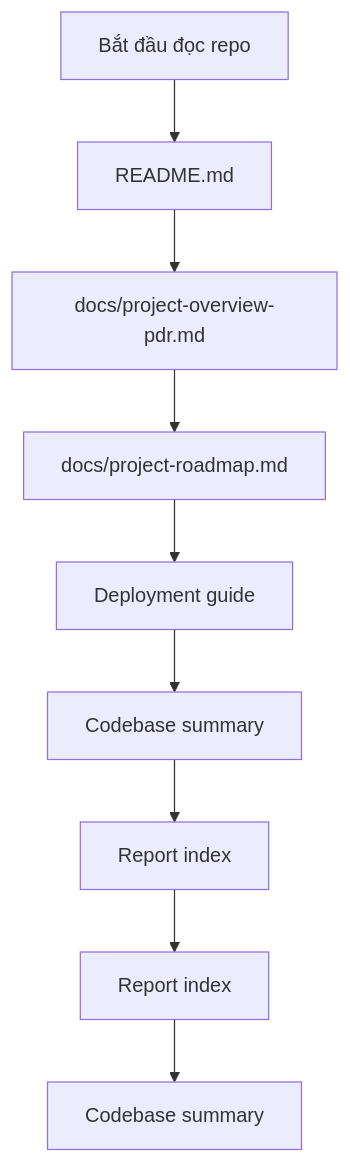
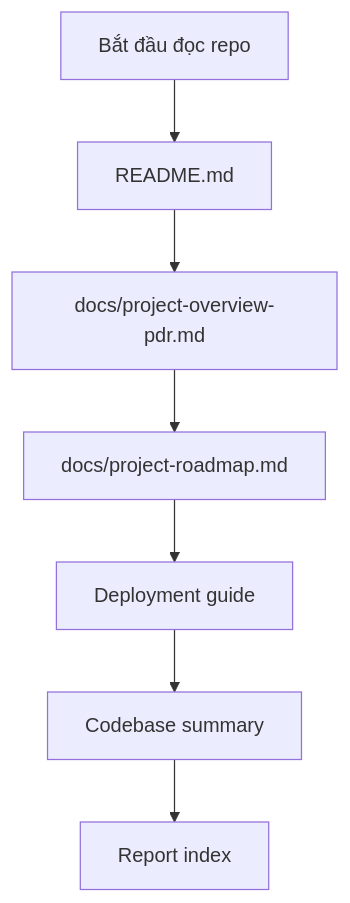
One commit to uit-25730067-chithanh/AI002-Team22-DT10 changed the first of 2 diagrams in docs/README.md. Above: the diagram before and after it, drawn with Mermaid. The commit also changed other lines of this file and 3 other files, not shown here.

````diff
--- a/docs/README.md
+++ b/docs/README.md
@@ -28,11 +27,9 @@
 ```mermaid
 flowchart TD
     A[Bắt đầu đọc repo] --> B[README.md]
     B --> C[docs/project-overview-pdr.md]
     C --> D[docs/project-roadmap.md]
     D --> E[Deployment guide]
     E --> F[Codebase summary]
     F --> G[Report index]
-    G --> H[Report index]
-    H --> I[Codebase summary]
 ```
````
